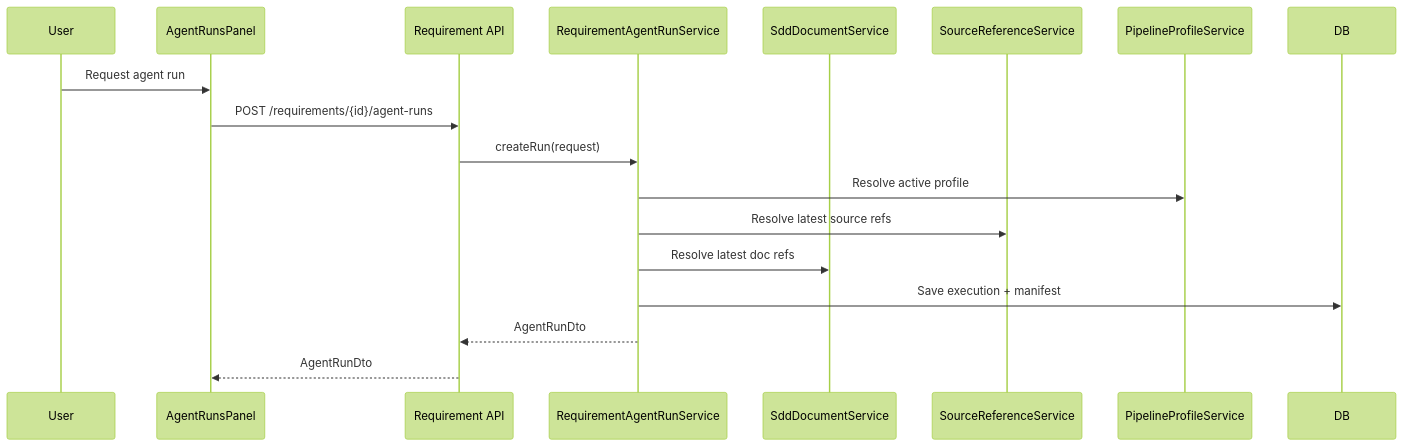
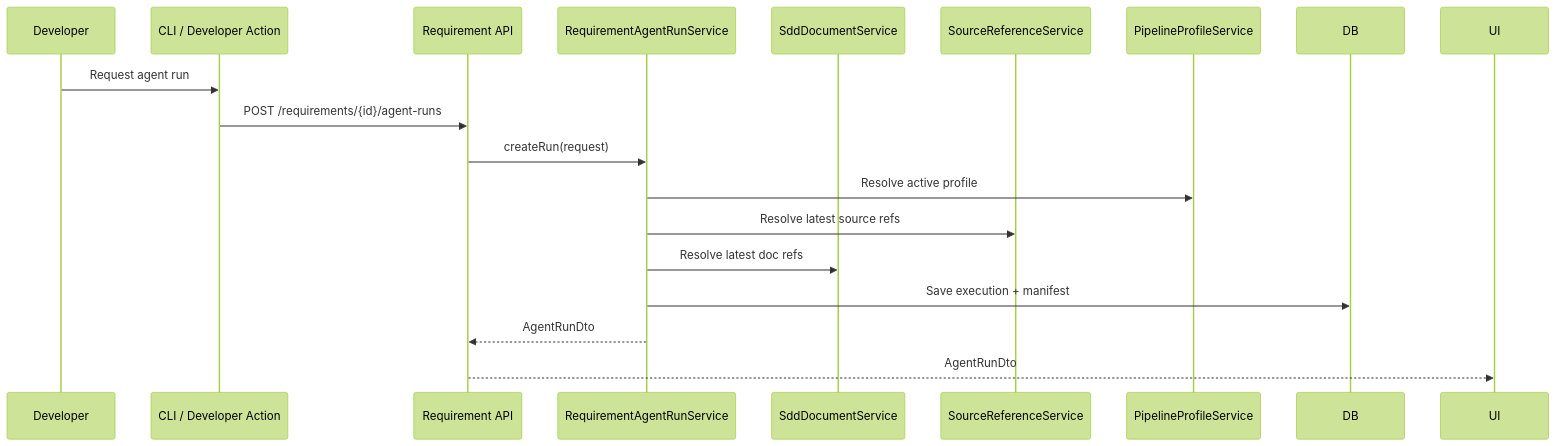
One commit to wwa-lab/Agentic-SDLC-Control-Tower changed the fourth of 7 diagrams in docs/04-architecture/requirement-control-plane-data-flow.md. Above: the diagram before and after it, drawn with Mermaid (forest theme). The commit also changed other lines of this file and 15 other files, not shown here.

````diff
--- a/docs/04-architecture/requirement-control-plane-data-flow.md
+++ b/docs/04-architecture/requirement-control-plane-data-flow.md
@@ -95,21 +95,21 @@
 ```mermaid
 sequenceDiagram
-    participant User
-    participant UI as AgentRunsPanel
+    participant Developer
+    participant Tool as CLI / Developer Action
     participant API as Requirement API
     participant AgentSvc as RequirementAgentRunService
     participant Docs as SddDocumentService
     participant Source as SourceReferenceService
     participant Profile as PipelineProfileService
     participant DB as DB
 
-    User->>UI: Request agent run
-    UI->>API: POST /requirements/{id}/agent-runs
+    Developer->>Tool: Request agent run
+    Tool->>API: POST /requirements/{id}/agent-runs
     API->>AgentSvc: createRun(request)
     AgentSvc->>Profile: Resolve active profile
     AgentSvc->>Source: Resolve latest source refs
     AgentSvc->>Docs: Resolve latest doc refs
     AgentSvc->>DB: Save execution + manifest
     AgentSvc-->>API: AgentRunDto
     API-->>UI: AgentRunDto
 ```
````
